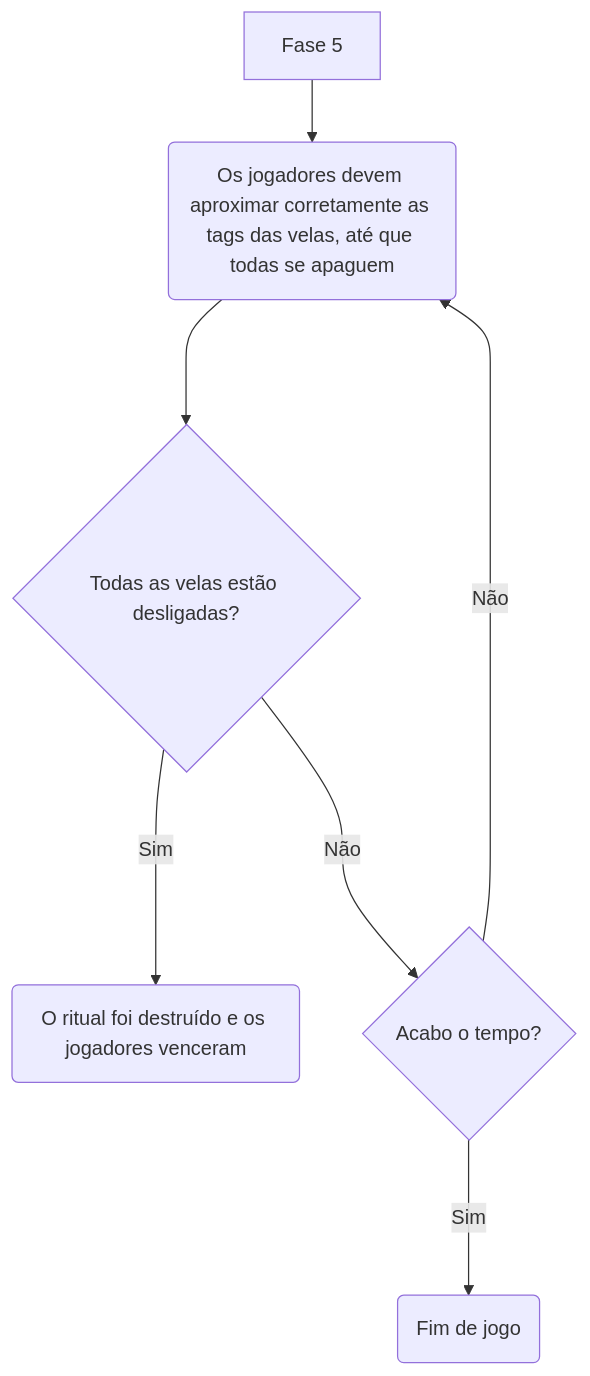
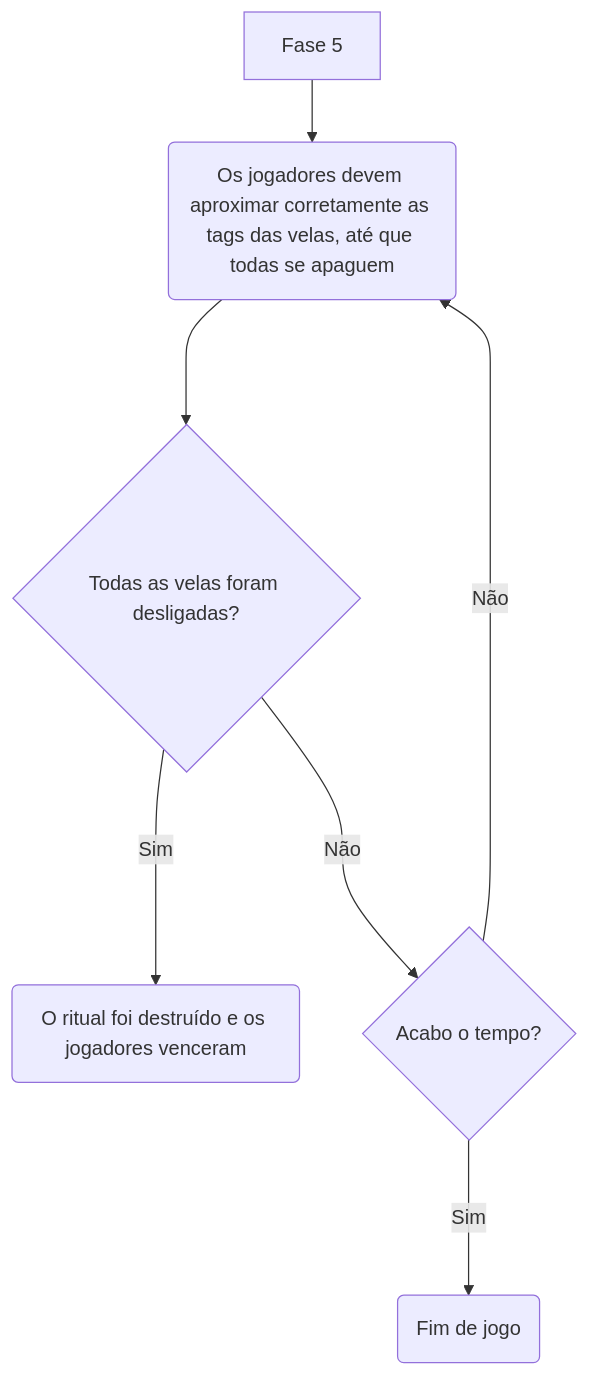
The sixth of 6 diagrams in README.md (DinamicCreative/EscapeRoom), drawn with Mermaid before and after one commit. The commit also changed other lines of this file, not shown here.

````diff
--- a/README.md
+++ b/README.md
@@ -143,12 +143,12 @@
 ```mermaid
 
 flowchart TD
   A[Fase 5]
   A -->  B(Os jogadores devem aproximar corretamente as tags das velas, até que todas se apaguem)
   B ---> D
-D{Todas as velas estão desligadas?} ---> |Sim| C(O ritual foi destruído e os jogadores venceram)
+D{Todas as velas foram desligadas?} ---> |Sim| C(O ritual foi destruído e os jogadores venceram)
 D ---> |Não| F{Acabo o tempo?}
 F ---> |Sim| G(Fim de jogo)
 F ---> |Não| B
 
 ```
````
